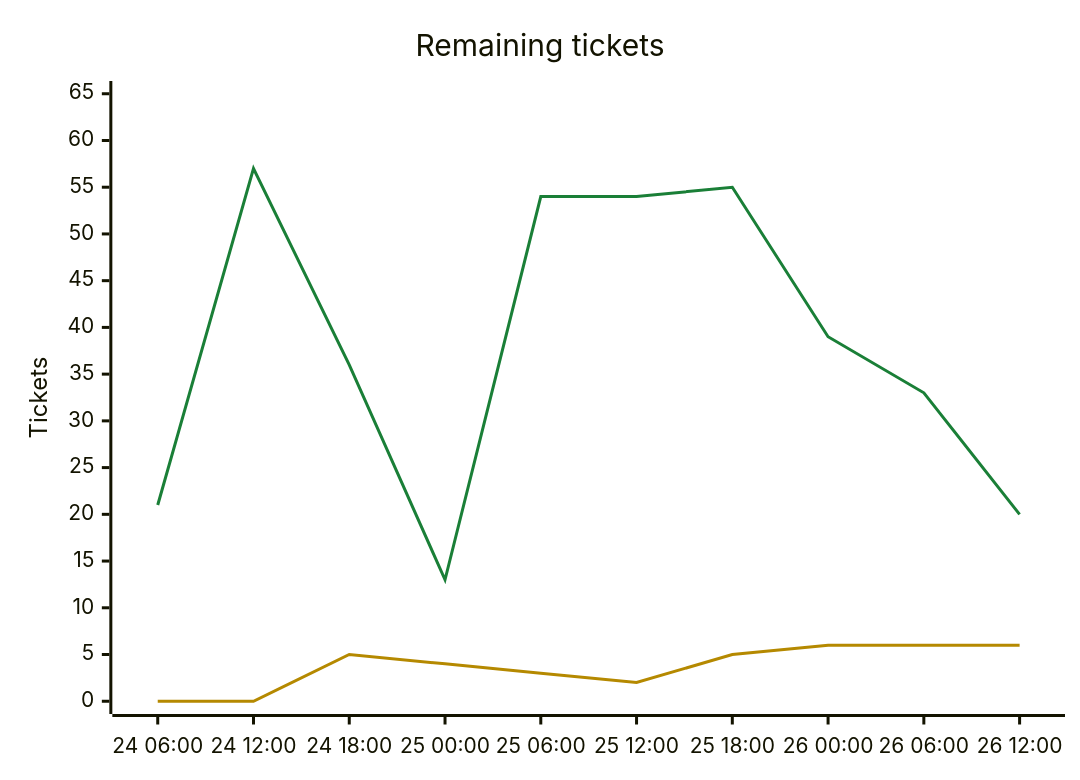
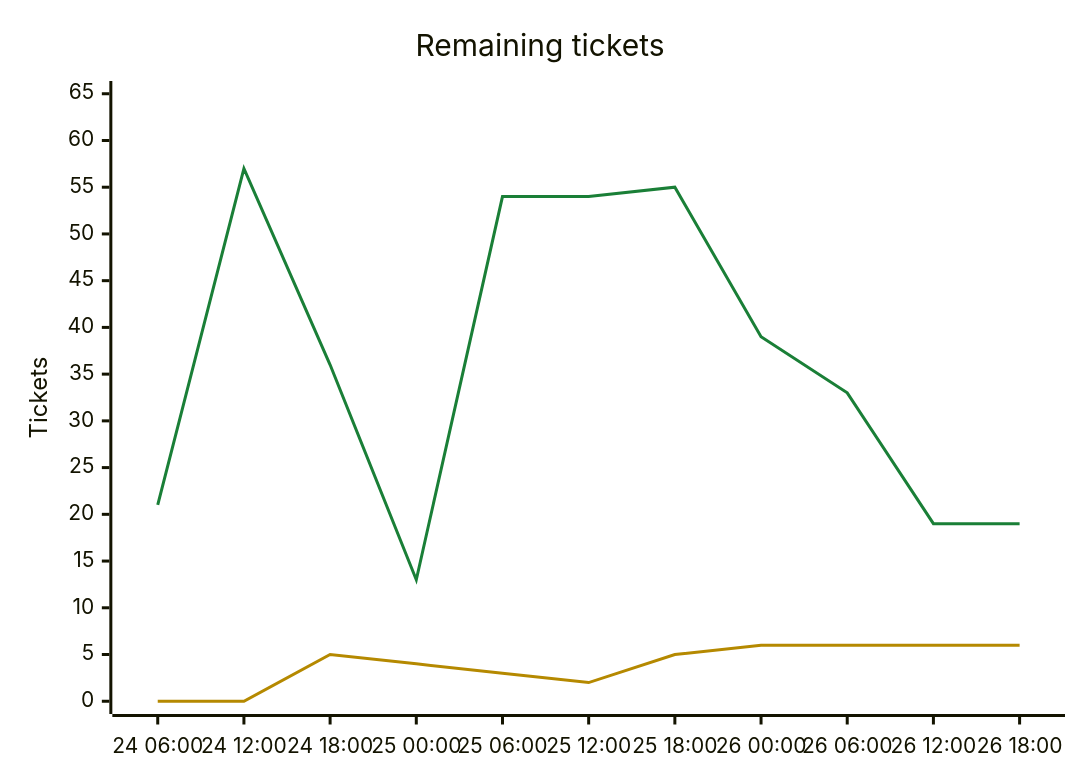
Before and after one commit to Kenmura/Unciv: the second of 2 diagrams in csharp/migration/DEPENDENCY_MAP.md, drawn with Mermaid. The commit also changed other lines of this file and 1 other file, not shown here.

````diff
--- a/csharp/migration/DEPENDENCY_MAP.md
+++ b/csharp/migration/DEPENDENCY_MAP.md
@@ -227,9 +225,9 @@
 ```mermaid
 %%{init: {"themeVariables": {"xyChart": {"plotColorPalette": "#1a7f37, #b58900"}}}}%%
 xychart-beta
     title "Remaining tickets"
-    x-axis ["24 06:00", "24 12:00", "24 18:00", "25 00:00", "25 06:00", "25 12:00", "25 18:00", "26 00:00", "26 06:00", "26 12:00"]
+    x-axis ["24 06:00", "24 12:00", "24 18:00", "25 00:00", "25 06:00", "25 12:00", "25 18:00", "26 00:00", "26 06:00", "26 12:00", "26 18:00"]
     y-axis "Tickets" 0 --> 65
-    line [21, 57, 36, 13, 54, 54, 55, 39, 33, 20]
-    line [0, 0, 5, 4, 3, 2, 5, 6, 6, 6]
+    line [21, 57, 36, 13, 54, 54, 55, 39, 33, 19, 19]
+    line [0, 0, 5, 4, 3, 2, 5, 6, 6, 6, 6]
 ```
````
